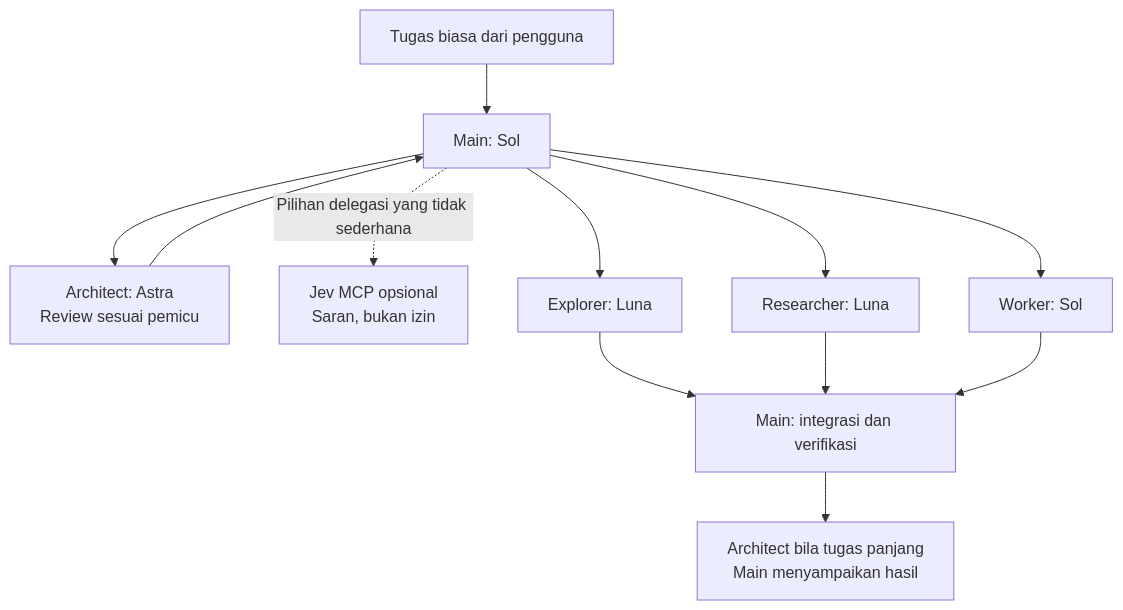
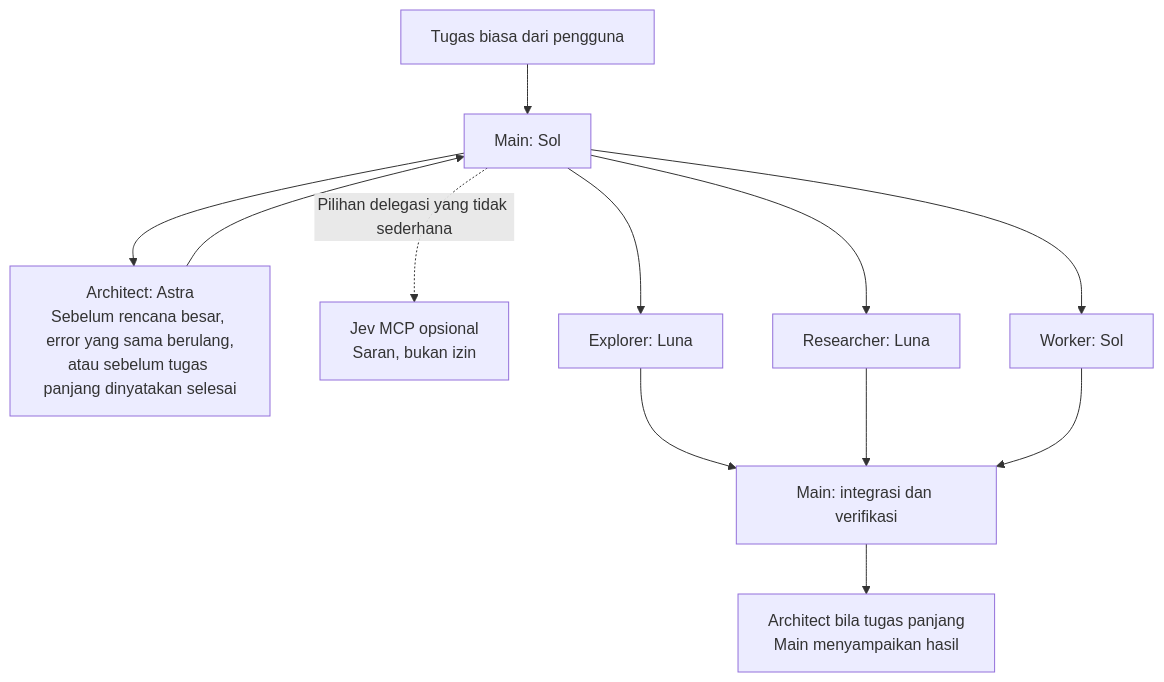
Before and after one commit to badriawan/codex-agent-kit: the diagram in README.md, drawn with Mermaid. The commit also changed other lines of this file and 8 other files, not shown here.

````diff
--- a/README.md
+++ b/README.md
@@ -16,14 +16,14 @@
 ```mermaid
 flowchart TD
     User[Tugas biasa dari pengguna] --> Main[Main: Sol]
-    Main --> Architect[Architect: Astra\nReview sesuai pemicu]
+    Main --> Architect[Architect: Astra\nSebelum rencana besar, error yang sama berulang,\natau sebelum tugas panjang dinyatakan selesai]
     Architect --> Main
     Main -. Pilihan delegasi yang tidak sederhana .-> Jev[Jev MCP opsional\nSaran, bukan izin]
     Main --> Explorer[Explorer: Luna]
     Main --> Researcher[Researcher: Luna]
     Main --> Worker[Worker: Sol]
     Explorer --> Verify[Main: integrasi dan verifikasi]
     Researcher --> Verify
     Worker --> Verify
     Verify --> Final[Architect bila tugas panjang\nMain menyampaikan hasil]
 ```
````
